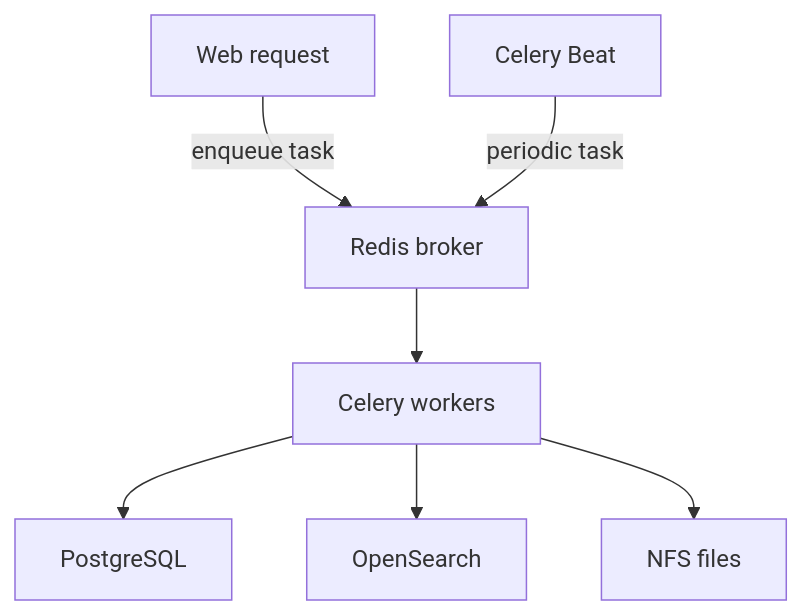
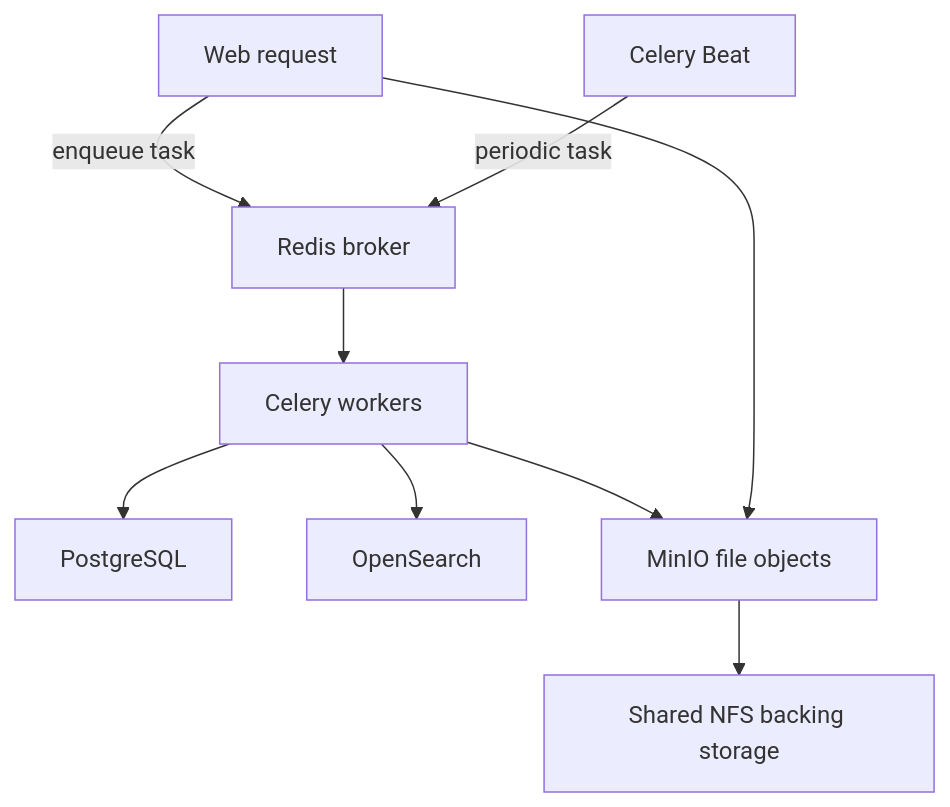
Before and after one commit to vityasyyy/invenio-rdm-gitops: the ninth of 19 diagrams in docs/architecture-guide.md, drawn with Mermaid. The commit also changed other lines of this file and 5 other files, not shown here.

````diff
--- a/docs/architecture-guide.md
+++ b/docs/architecture-guide.md
@@ -364,9 +365,11 @@
 ```mermaid
 flowchart TD
     Web[Web request] -->|enqueue task| Redis[Redis broker]
     Beat[Celery Beat] -->|periodic task| Redis
     Redis --> Workers[Celery workers]
     Workers --> DB[PostgreSQL]
     Workers --> Search[OpenSearch]
-    Workers --> Files[NFS files]
+    Workers --> Files[MinIO file objects]
+    Web --> Files
+    Files --> NFS[Shared NFS backing storage]
 ```
````
